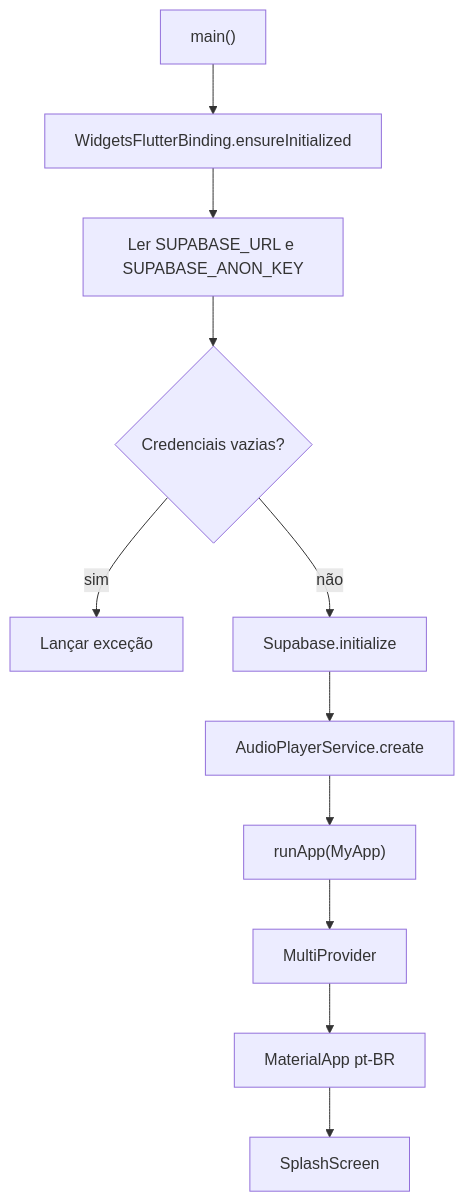
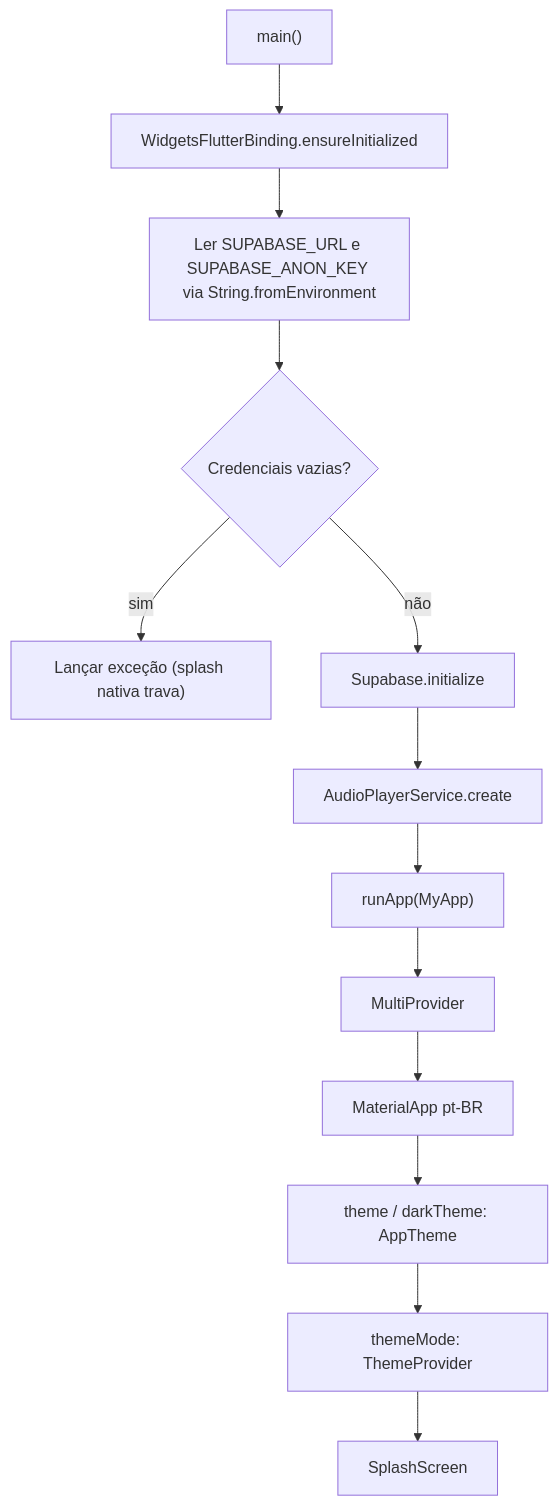
Before and after one commit to Rdinda/FMA_Pontos: the first of 3 diagrams in _reversa_sdd/flowcharts/app-bootstrap.md, drawn with Mermaid. The commit also changed other lines of this file and 135 other files, not shown here.

````diff
--- a/_reversa_sdd/flowcharts/app-bootstrap.md
+++ b/_reversa_sdd/flowcharts/app-bootstrap.md
@@ -3,13 +3,15 @@
 ```mermaid
 flowchart TD
   A["main()"] --> B["WidgetsFlutterBinding.ensureInitialized"]
-  B --> C["Ler SUPABASE_URL e SUPABASE_ANON_KEY"]
+  B --> C["Ler SUPABASE_URL e SUPABASE_ANON_KEY via String.fromEnvironment"]
   C --> D{"Credenciais vazias?"}
-  D -- "sim" --> E["Lançar exceção"]
+  D -- "sim" --> E["Lançar exceção (splash nativa trava)"]
   D -- "não" --> F["Supabase.initialize"]
   F --> G["AudioPlayerService.create"]
   G --> H["runApp(MyApp)"]
   H --> I["MultiProvider"]
   I --> J["MaterialApp pt-BR"]
-  J --> K["SplashScreen"]
+  J --> J1["theme / darkTheme: AppTheme"]
+  J1 --> J2["themeMode: ThemeProvider"]
+  J2 --> K["SplashScreen"]
 ```
````
